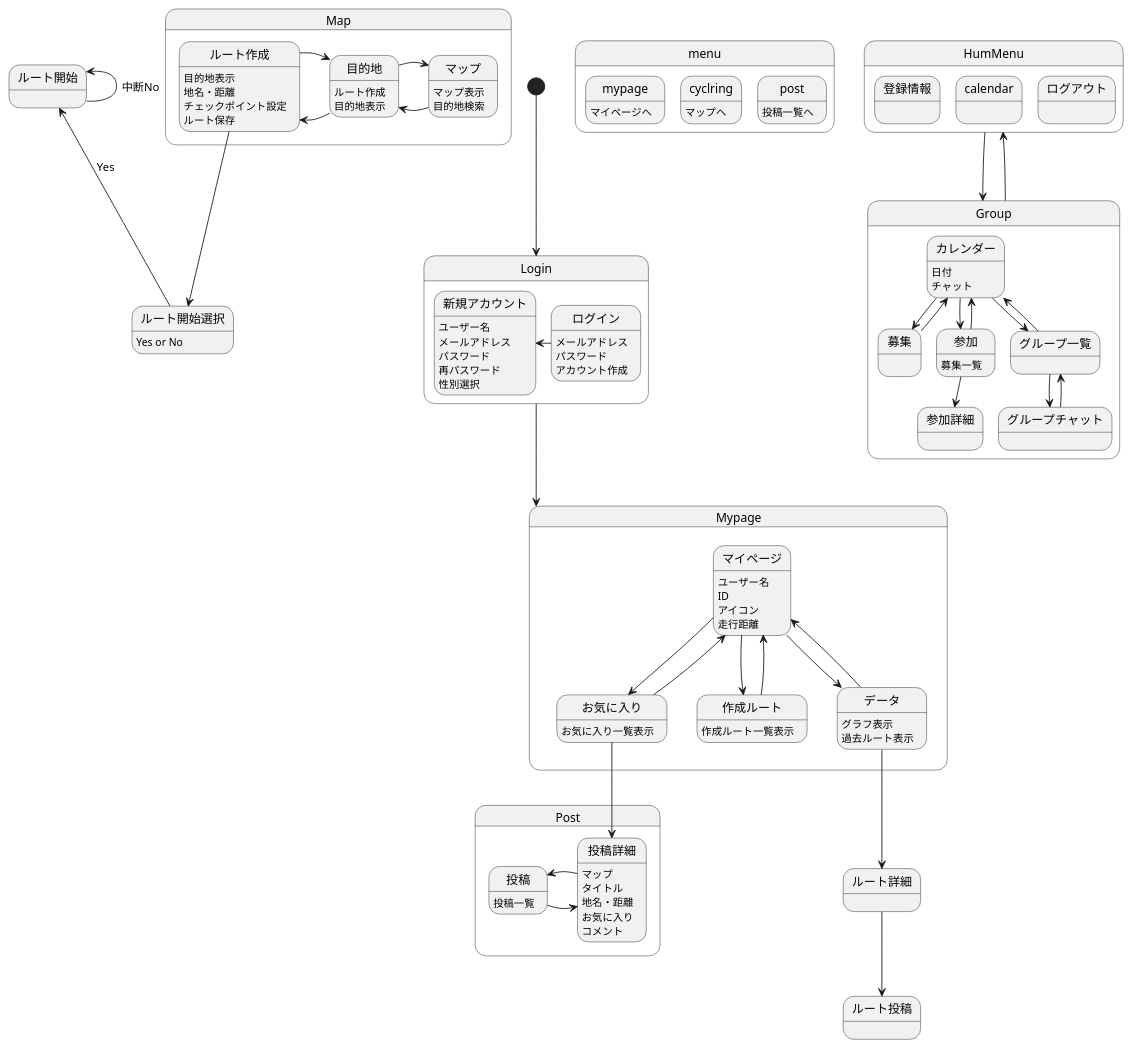
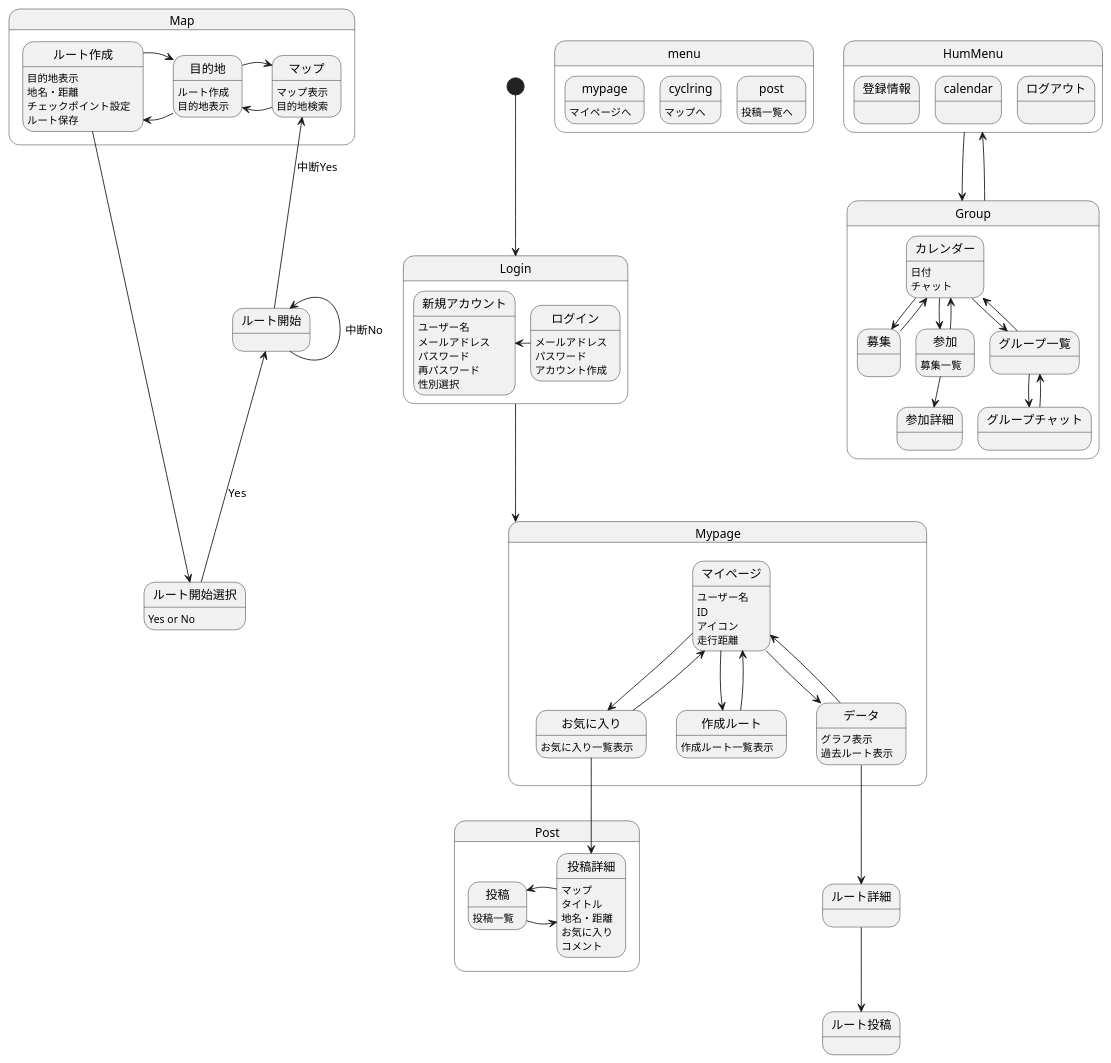
Before and after one commit to AsoSD3A3/CyclingSystem: the diagram in 画面遷移図/gm.md, drawn with PlantUML.

```diff
--- a/画面遷移図/gm.md
+++ b/画面遷移図/gm.md
@@ -87,7 +87,7 @@
 ルート開始選択-up->ルート開始 :Yes
 
 ルート開始-up->ルート開始 :中断No
-
+ルート開始-up->マップ :中断Yes
 
 state Post{
 投稿:投稿一覧
```
